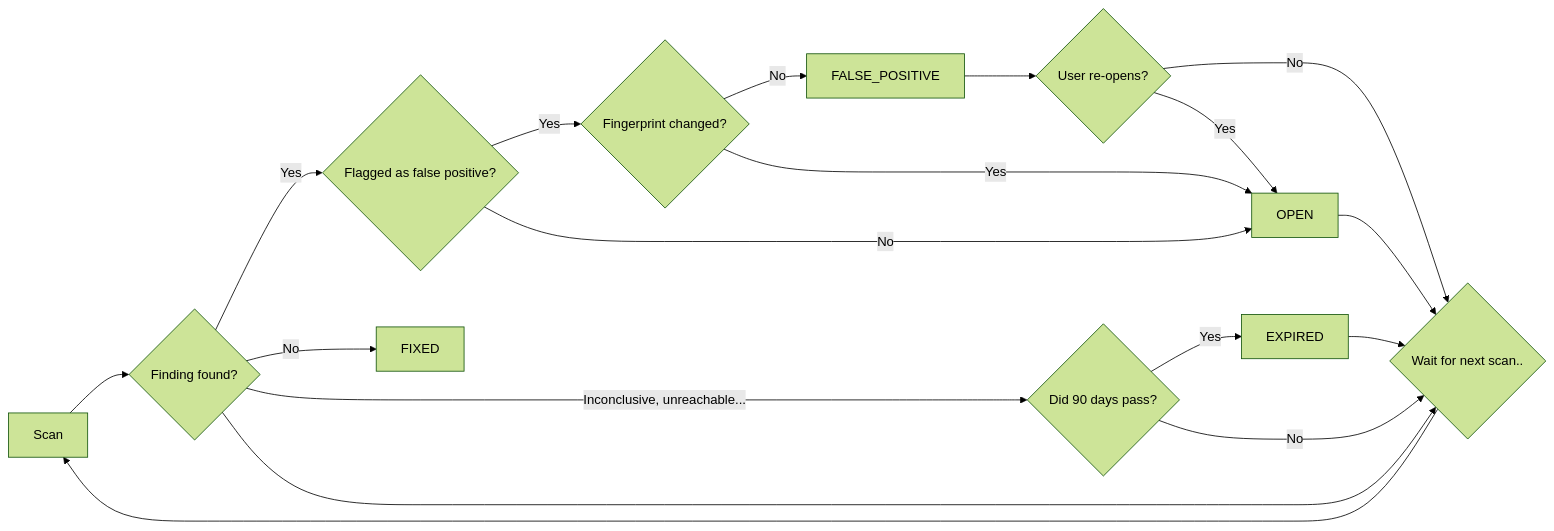
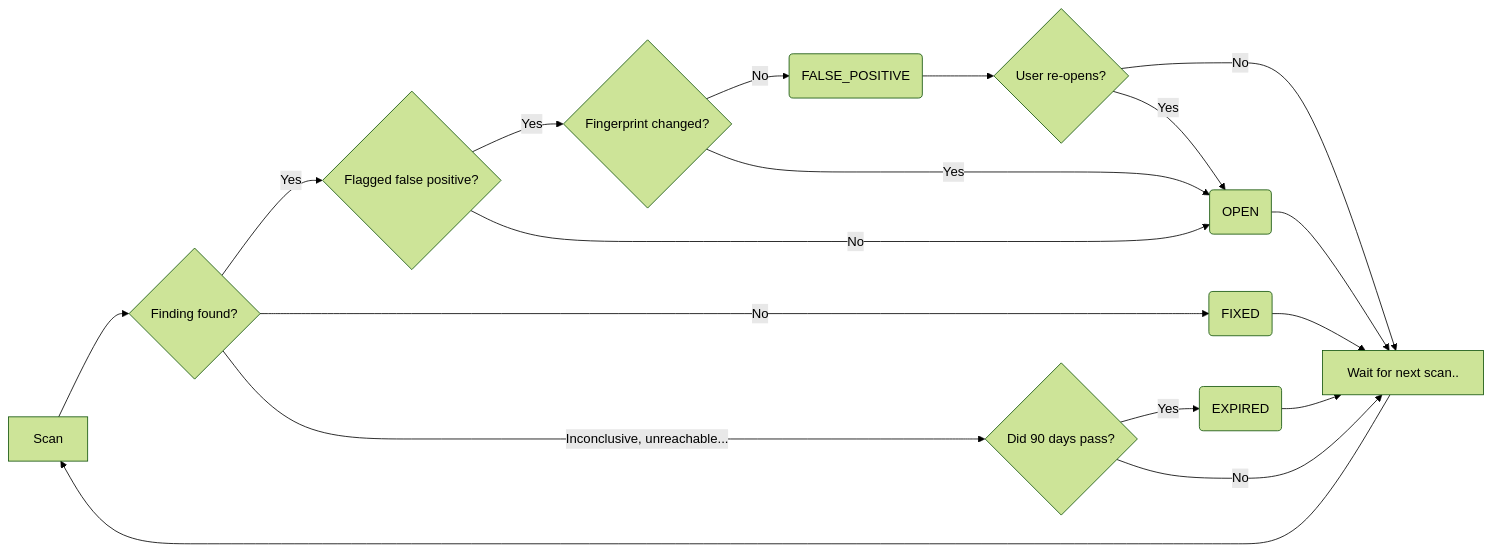
One commit to deontaljaard/vulcan-docs changed the diagram in docs/vulnerability-management.md. Above: the diagram before and after it, drawn with Mermaid (forest theme). The commit also changed 9 other files, not shown here.

First line of the commit message:
Add data model diagrams and improve existing ones (#4)

````diff
--- a/docs/vulnerability-management.md
+++ b/docs/vulnerability-management.md
@@ -49,20 +49,20 @@
 ``` mermaid
 graph LR
   A[Scan] --> B{Finding found?};
-  B -->|Yes| H{Flagged as false positive?}
-  H -->|Yes| I{Fingerprint changed?}
-  I -->|No| J[FALSE_POSITIVE]
+  B --> |Yes| H{Flagged false positive?}
+  H --> |Yes| I{Fingerprint changed?}
+  I --> |No| J(FALSE_POSITIVE)
   J --> K{User re-opens?}
   K --> |No| G
   K --> |Yes| C
-  I -->|Yes| C
-  H -->|No| C[OPEN];
-  B -->|No| D[FIXED];
+  I --> |Yes| C
+  H --> |No| C(OPEN);
+  B --> |No| D(FIXED);
   B --> |Inconclusive, unreachable...| E{Did 90 days pass?};
-  E -->|Yes| F[EXPIRED]
-  E -->|No| G{Wait for next scan..}
-  B --> G
+  E --> |Yes| F(EXPIRED)
+  E --> |No| G[Wait for next scan..]
   C --> G
+  D --> G
   F --> G
   G --> A
 ```
````
